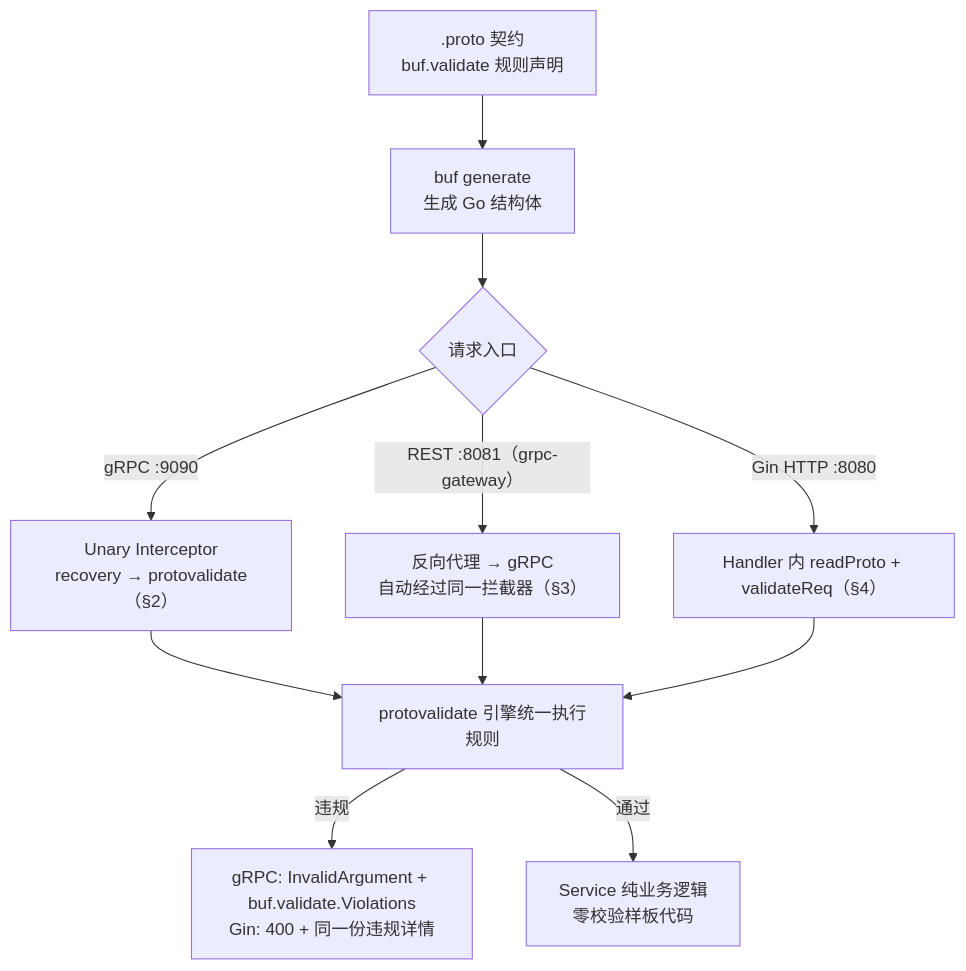
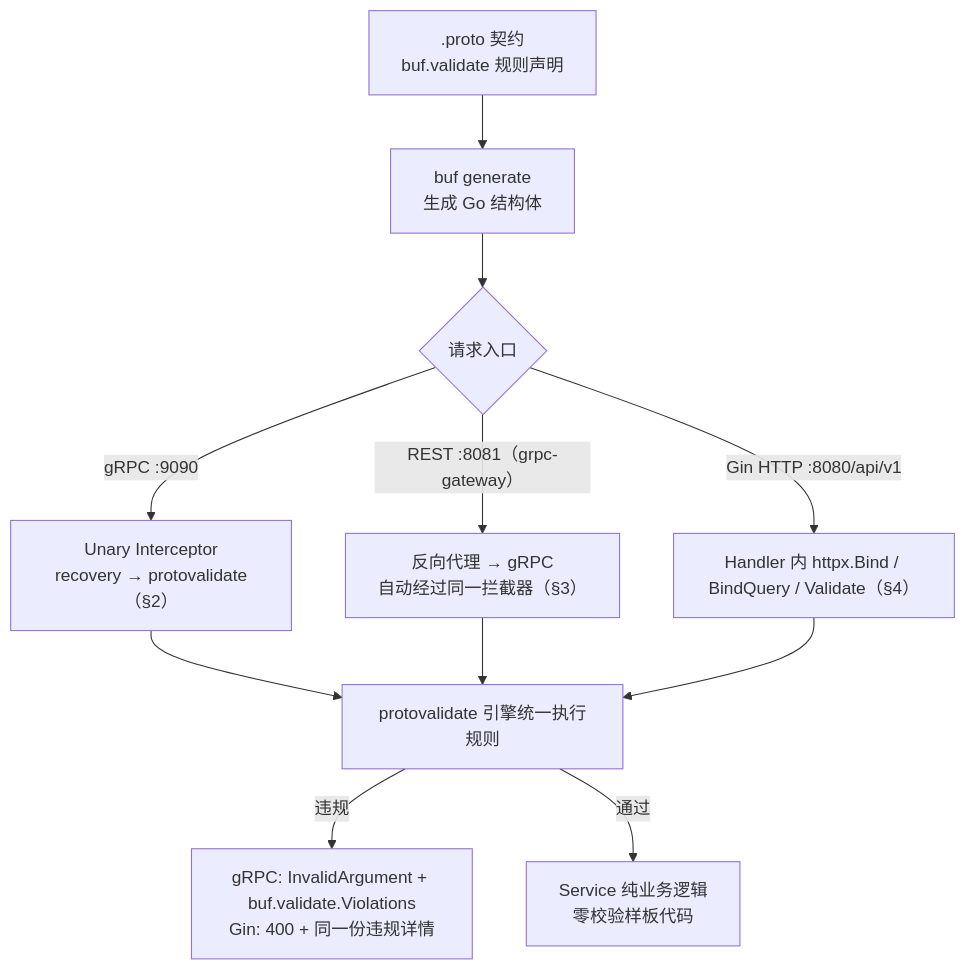
The diagram in docs/EXAMPLES.md (harmsworth/go-buf-api-template), drawn with Mermaid before and after one commit. The commit also changed other lines of this file and 48 other files, not shown here.

````diff
--- a/docs/EXAMPLES.md
+++ b/docs/EXAMPLES.md
@@ -19,11 +19,11 @@
 ```mermaid
 flowchart TD
     A[".proto 契约<br/>buf.validate 规则声明"] --> B["buf generate<br/>生成 Go 结构体"]
     B --> C{"请求入口"}
     C -- "gRPC :9090" --> D["Unary Interceptor<br/>recovery → protovalidate（§2）"]
     C -- "REST :8081（grpc-gateway）" --> E["反向代理 → gRPC<br/>自动经过同一拦截器（§3）"]
-    C -- "Gin HTTP :8080" --> F["Handler 内 readProto + validateReq（§4）"]
+    C -- "Gin HTTP :8080/api/v1" --> F["Handler 内 httpx.Bind / BindQuery / Validate（§4）"]
     D & E & F --> G["protovalidate 引擎统一执行规则"]
     G -- 违规 --> H["gRPC: InvalidArgument + buf.validate.Violations<br/>Gin: 400 + 同一份违规详情"]
     G -- 通过 --> I["Service 纯业务逻辑<br/>零校验样板代码"]
 ```
````
